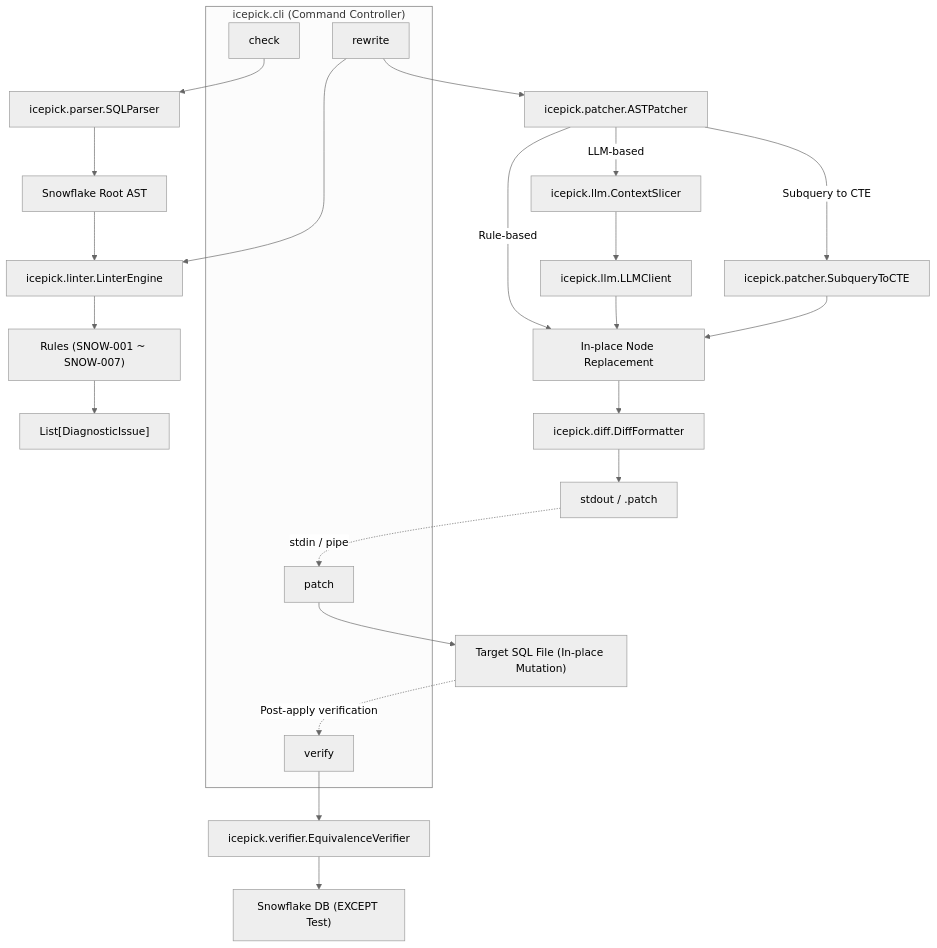
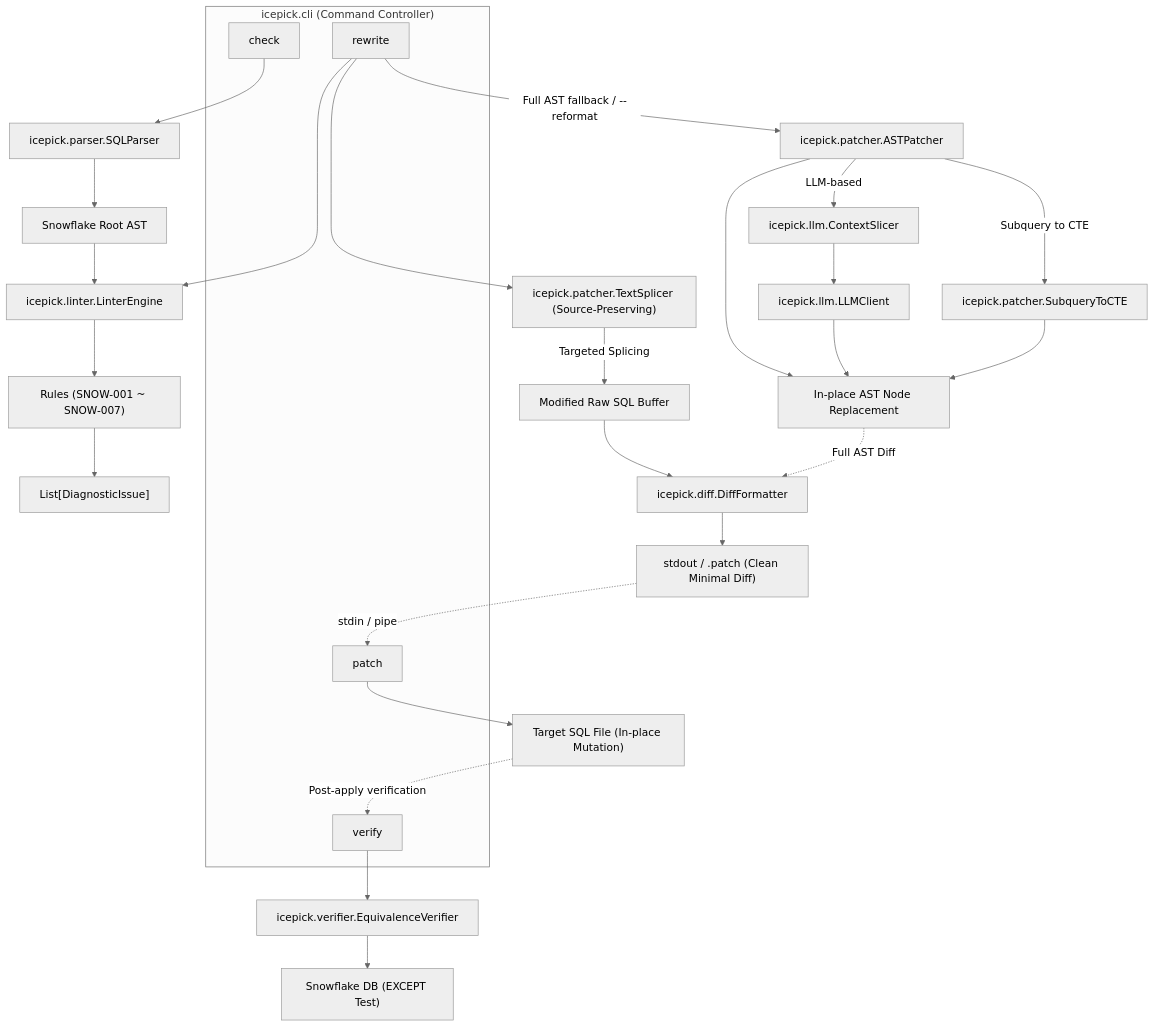
The first of 2 diagrams in doc/design.md (snaga/icepick), drawn with Mermaid (neutral theme) before and after one commit. The commit also changed other lines of this file and 1 other file, not shown here.

First line of the commit message:
docs(specs): define source-preserving targeted rewrite and minimal diff specs

````diff
--- a/doc/design.md
+++ b/doc/design.md
@@ -7,33 +7,36 @@
 ```mermaid
 flowchart TD
     subgraph CLI ["icepick.cli (Command Controller)"]
         CmdCheck["check"]
         CmdRewrite["rewrite"]
         CmdPatch["patch"]
         CmdVerify["verify"]
     end
 
     CmdCheck --> Parser["icepick.parser.SQLParser"]
     Parser --> AST["Snowflake Root AST"]
     AST --> Linter["icepick.linter.LinterEngine"]
     Linter --> Rules["Rules (SNOW-001 ~ SNOW-007)"]
     Rules --> Issues["List[DiagnosticIssue]"]
 
     CmdRewrite --> Linter
-    CmdRewrite --> Patcher["icepick.patcher.ASTPatcher"]
-    Patcher -->|Rule-based| InPlace["In-place Node Replacement"]
-    Patcher -->|LLM-based| Slicer["icepick.llm.ContextSlicer"]
-    Slicer --> LLMClient["icepick.llm.LLMClient"]
+    CmdRewrite --> Splicer["icepick.patcher.TextSplicer (Source-Preserving)"]
+    Splicer -->|Targeted Splicing| RawOpt["Modified Raw SQL Buffer"]
+    CmdRewrite -->|Full AST fallback / --reformat| Patcher["icepick.patcher.ASTPatcher"]
+    Patcher --> InPlace["In-place AST Node Replacement"]
+    Patcher -->|LLM-based| ContextSlicer["icepick.llm.ContextSlicer"]
+    ContextSlicer --> LLMClient["icepick.llm.LLMClient"]
     LLMClient --> InPlace
     Patcher -->|Subquery to CTE| CTEExt["icepick.patcher.SubqueryToCTE"]
     CTEExt --> InPlace
-    InPlace --> Diff["icepick.diff.DiffFormatter"]
-    Diff --> Stdout["stdout / .patch"]
+    RawOpt --> Diff["icepick.diff.DiffFormatter"]
+    InPlace -.->|Full AST Diff| Diff
+    Diff --> Stdout["stdout / .patch (Clean Minimal Diff)"]
 
     Stdout -.->|stdin / pipe| CmdPatch
     CmdPatch --> TargetFile["Target SQL File (In-place Mutation)"]
 
     CmdVerify --> Verifier["icepick.verifier.EquivalenceVerifier"]
     TargetFile -.->|Post-apply verification| CmdVerify
     Verifier --> Snowflake["Snowflake DB (EXCEPT Test)"]
 ```
````
